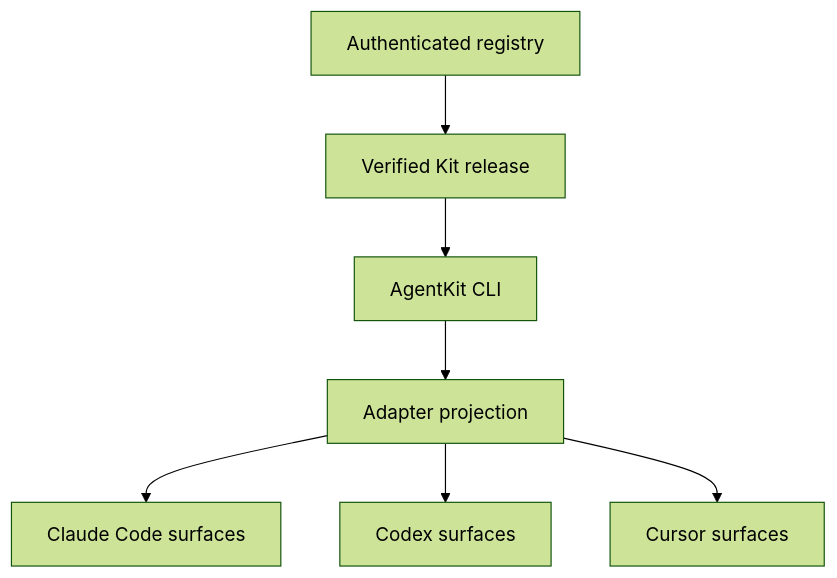
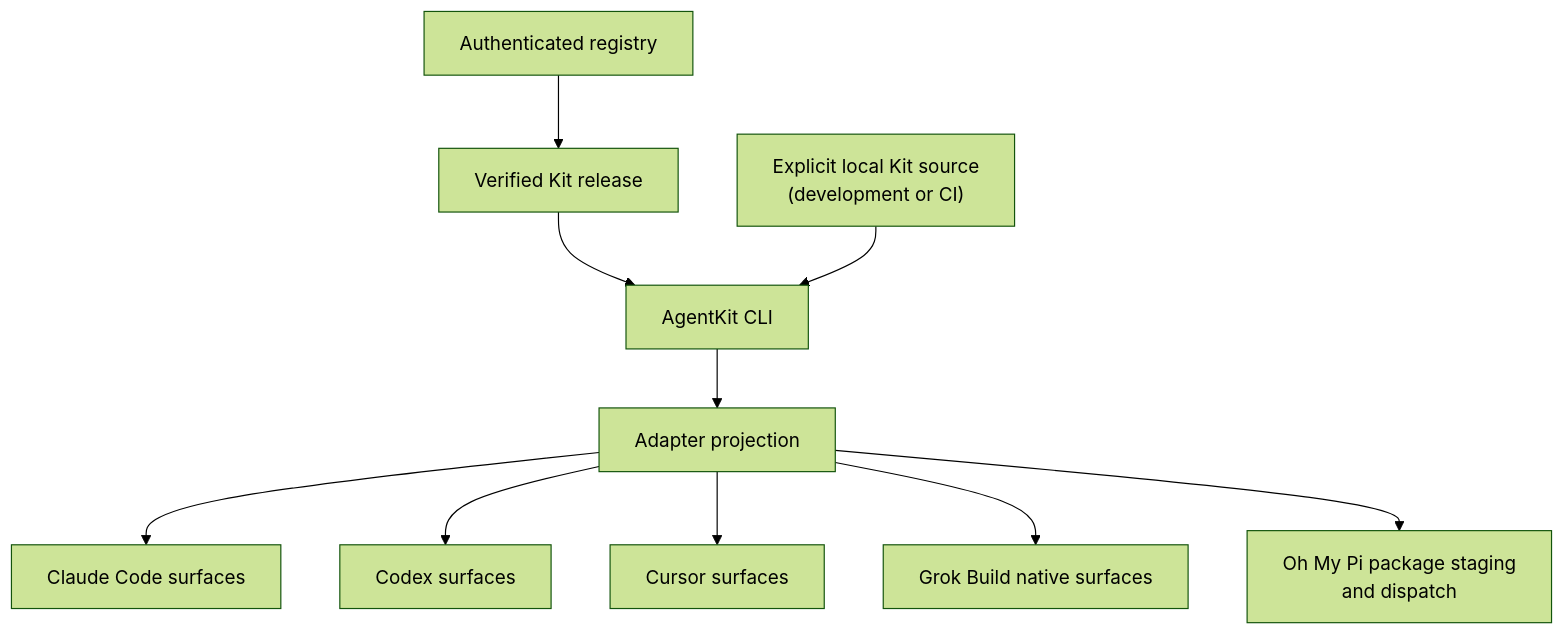
Before and after one commit to bestagentkits/agentkit-docs: the diagram in content/docs/stable/concepts/architecture.en.mdx, drawn with Mermaid (forest theme). The commit also changed other lines of this file and 120 other files, not shown here.

````diff
--- a/content/docs/stable/concepts/architecture.en.mdx
+++ b/content/docs/stable/concepts/architecture.en.mdx
@@ -10,11 +10,14 @@
 ```mermaid
 flowchart TB
-  accTitle: From a verified Kit to runtime surfaces
-  accDescr: An authenticated registry supplies a verified Kit release to the AgentKit CLI. The CLI projects it through an adapter into Claude Code, Codex, or Cursor surfaces.
+  accTitle: From a Kit source to runtime surfaces
+  accDescr: An authenticated registry supplies verified Kit releases for released targets, while an explicit local source supplies Kits for development-only targets. The AgentKit CLI projects each Kit through a runtime adapter.
   registry["Authenticated registry"] --> release["Verified Kit release"]
   release --> cli["AgentKit CLI"]
+  local["Explicit local Kit source<br/>(development or CI)"] --> cli
   cli --> adapter["Adapter projection"]
   adapter --> claude["Claude Code surfaces"]
   adapter --> codex["Codex surfaces"]
   adapter --> cursor["Cursor surfaces"]
+  adapter --> grok["Grok Build native surfaces"]
+  adapter --> omp["Oh My Pi package staging<br/>and dispatch"]
 ```
````
